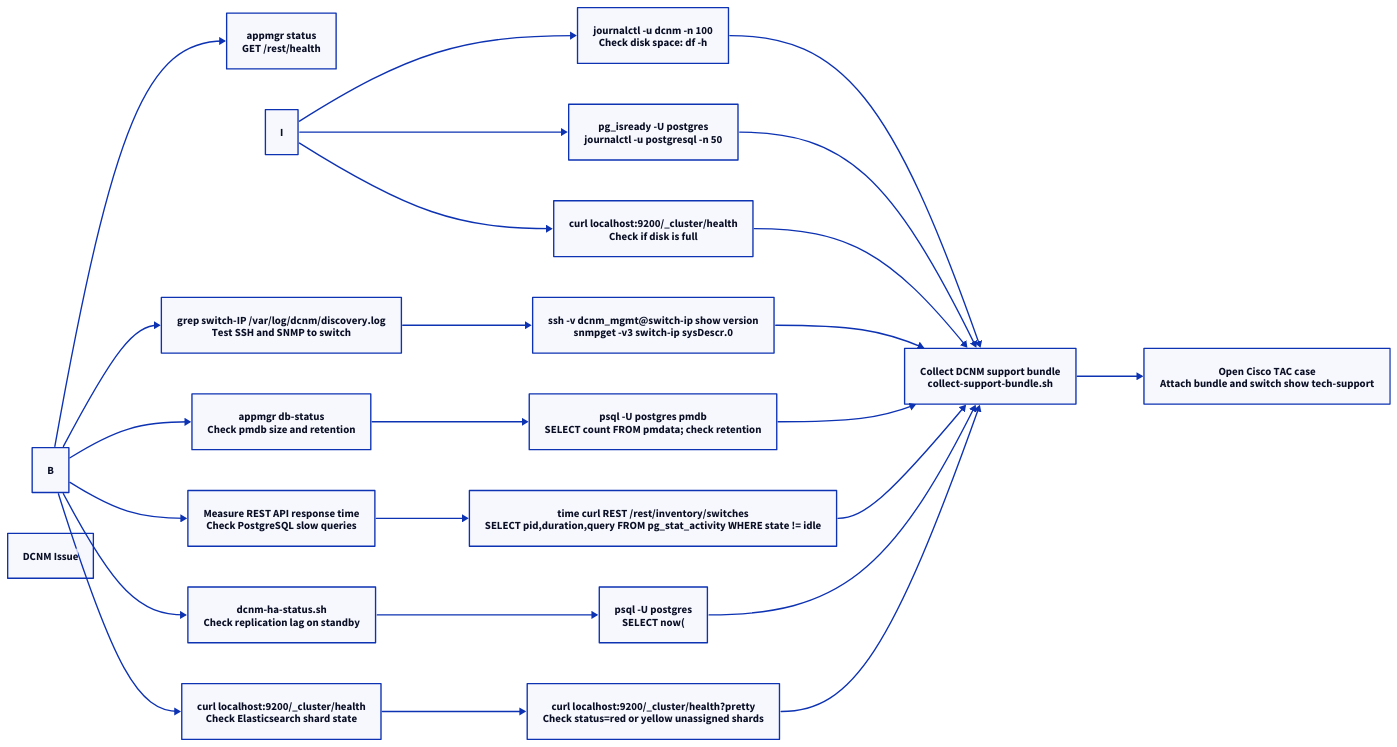
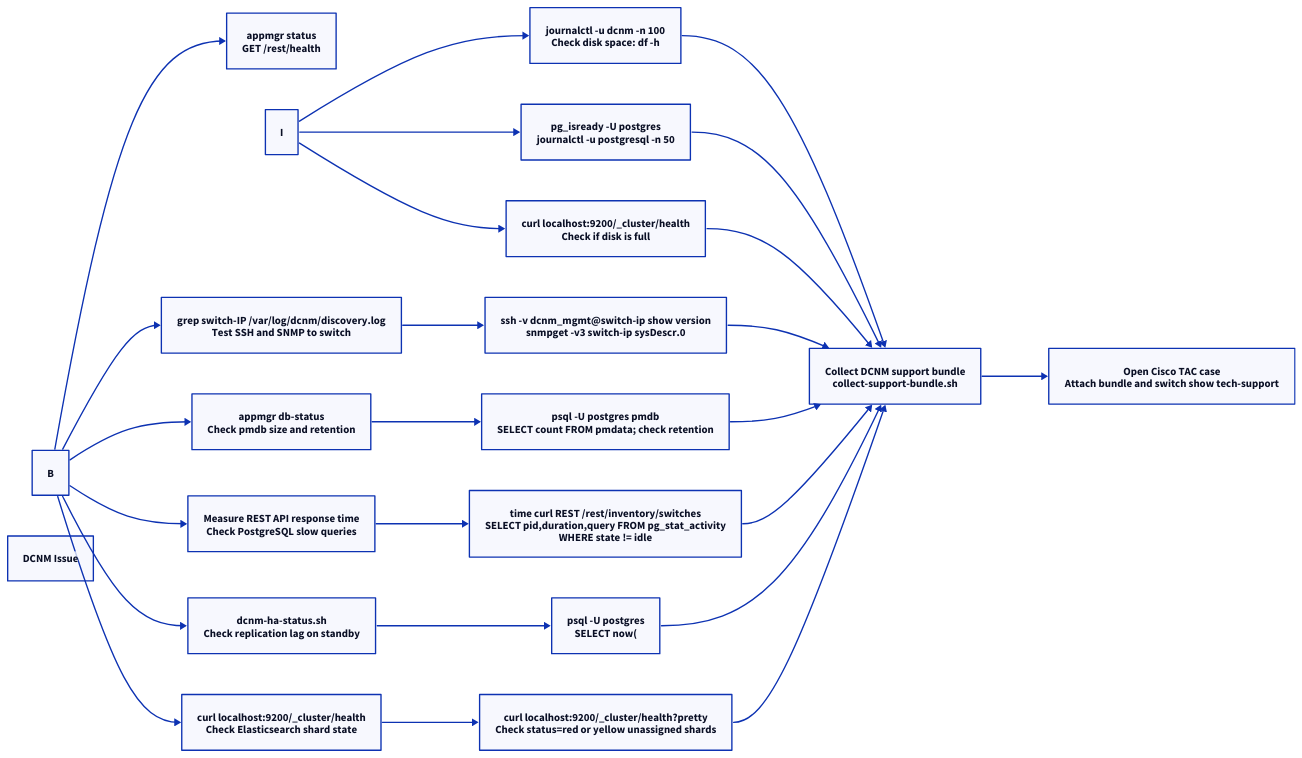
The first of 2 diagrams in docs/san/cisco/cisco-dcnm/troubleshooting/diagnostics.md (canast01/chris-kb), drawn with D2 before and after one commit. The commit also changed 192 other files, not shown here.

````diff
--- a/docs/san/cisco/cisco-dcnm/troubleshooting/diagnostics.md
+++ b/docs/san/cisco/cisco-dcnm/troubleshooting/diagnostics.md
@@ -17,47 +17,47 @@
 ```d2
 direction: right
 
 B: "B" {shape: rectangle}
 C: "appmgr status\nGET /rest/health" {shape: rectangle}
 D: "grep switch-IP /var/log/dcnm/discovery.log\nTest SSH and SNMP to switch" {shape: rectangle}
 E: "appmgr db-status\nCheck pmdb size and retention" {shape: rectangle}
 F: "Measure REST API response time\nCheck PostgreSQL slow queries" {shape: rectangle}
 G: "dcnm-ha-status.sh\nCheck replication lag on standby" {shape: rectangle}
 H: "curl localhost:9200/_cluster/health\nCheck Elasticsearch shard state" {shape: rectangle}
 I: "I" {shape: rectangle}
 J: "journalctl -u dcnm -n 100\nCheck disk space: df -h" {shape: rectangle}
 K: "pg_isready -U postgres\njournalctl -u postgresql -n 50" {shape: rectangle}
 L: "curl localhost:9200/_cluster/health\nCheck if disk is full" {shape: rectangle}
 M: "ssh -v dcnm_mgmt@switch-ip show version\nsnmpget -v3 switch-ip sysDescr.0" {shape: rectangle}
 N: "psql -U postgres pmdb\nSELECT count FROM pmdata; check retention" {shape: rectangle}
-O: "time curl REST /rest/inventory/switches\nSELECT pid,duration,query FROM pg_stat_activity WHERE state != idle" {shape: rectangle}
+O: "time curl REST /rest/inventory/switches\nSELECT pid,duration,query FROM pg_stat_activity\nWHERE state != idle" {shape: rectangle}
 P: "psql -U postgres\nSELECT now(" {shape: rectangle}
 Q: "curl localhost:9200/_cluster/health?pretty\nCheck status=red or yellow unassigned shards" {shape: rectangle}
 R: "Collect DCNM support bundle\ncollect-support-bundle.sh" {shape: rectangle}
 S: "Open Cisco TAC case\nAttach bundle and switch show tech-support" {shape: rectangle}
 A: "DCNM Issue" {shape: rectangle}
 
 B -> C
 B -> D
 B -> E
 B -> F
 B -> G
 B -> H
 I -> J
 I -> K
 I -> L
 D -> M
 E -> N
 F -> O
 G -> P
 H -> Q
 J -> R
 K -> R
 L -> R
 M -> R
 N -> R
 O -> R
 P -> R
 Q -> R
 R -> S
 ```
````
